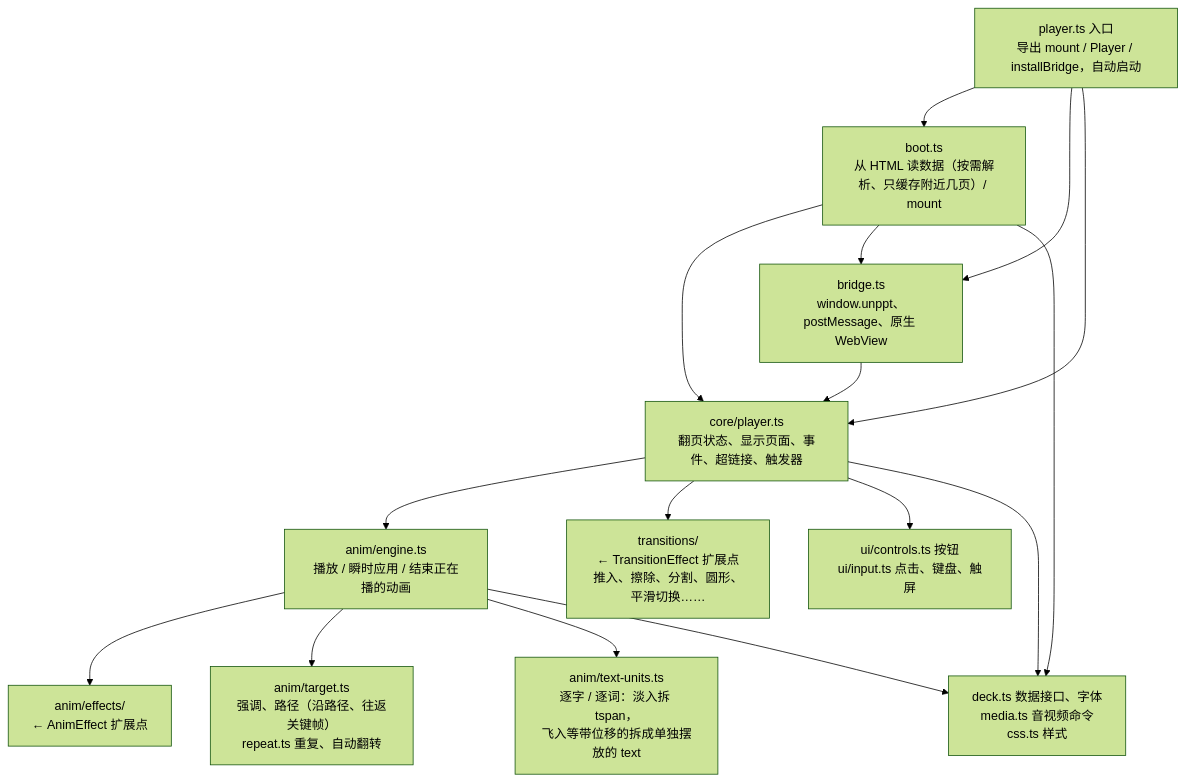
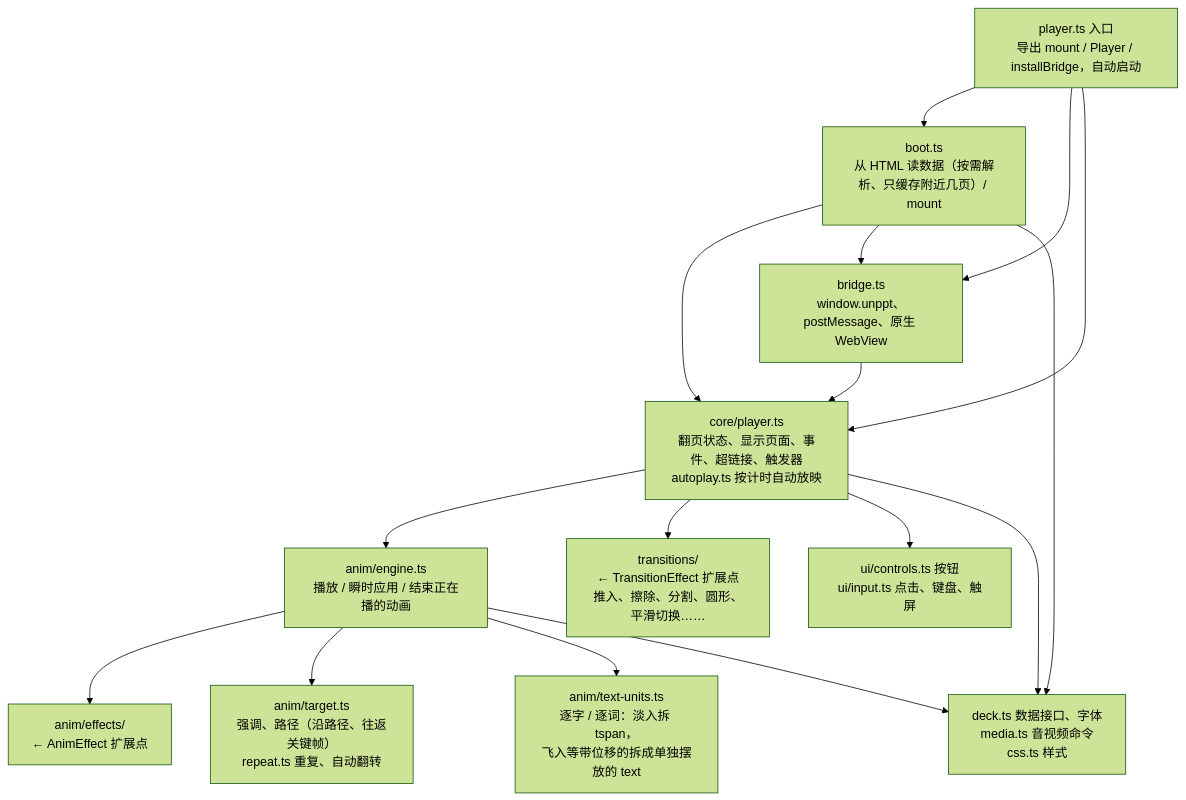
The third of 5 diagrams in docs/architecture.md (spitmaster/unppt), drawn with Mermaid (forest theme) before and after one commit. The commit also changed 25 other files, not shown here.

````diff
--- a/docs/architecture.md
+++ b/docs/architecture.md
@@ -71,19 +71,19 @@
 ```mermaid
 flowchart TB
   entry["player.ts 入口<br/>导出 mount / Player / installBridge，自动启动"]
   boot["boot.ts<br/>从 HTML 读数据（按需解析、只缓存附近几页）/ mount"]
   bridge["bridge.ts<br/>window.unppt、postMessage、原生 WebView"]
-  core["core/player.ts<br/>翻页状态、显示页面、事件、超链接、触发器"]
+  core["core/player.ts<br/>翻页状态、显示页面、事件、超链接、触发器<br/>autoplay.ts 按计时自动放映"]
   engine["anim/engine.ts<br/>播放 / 瞬时应用 / 结束正在播的动画"]
   effects["anim/effects/<br/>← AnimEffect 扩展点"]
   target["anim/target.ts<br/>强调、路径（沿路径、往返关键帧）<br/>repeat.ts 重复、自动翻转"]
   units["anim/text-units.ts<br/>逐字 / 逐词：淡入拆 tspan，<br/>飞入等带位移的拆成单独摆放的 text"]
   trans["transitions/<br/>← TransitionEffect 扩展点<br/>推入、擦除、分割、圆形、平滑切换……"]
   ui["ui/controls.ts 按钮<br/>ui/input.ts 点击、键盘、触屏"]
   deck["deck.ts 数据接口、字体<br/>media.ts 音视频命令<br/>css.ts 样式"]
   entry --> boot & bridge & core
   boot --> core & bridge & deck
   bridge --> core
   core --> engine & trans & ui & deck
   engine --> effects & target & units & deck
 ```
````
